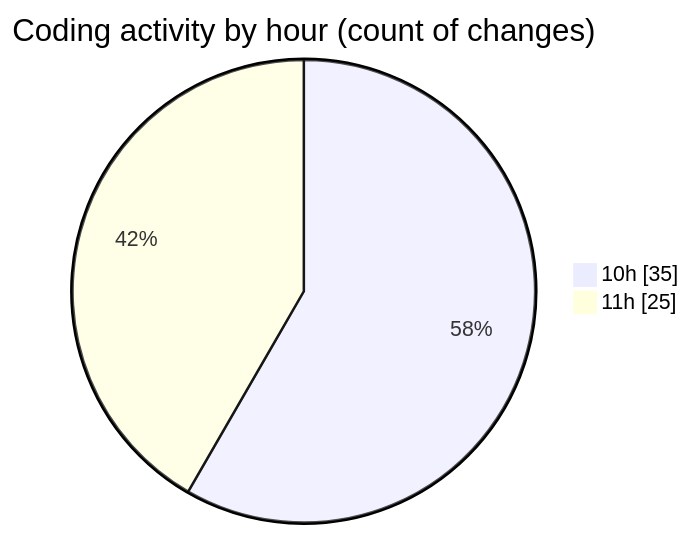
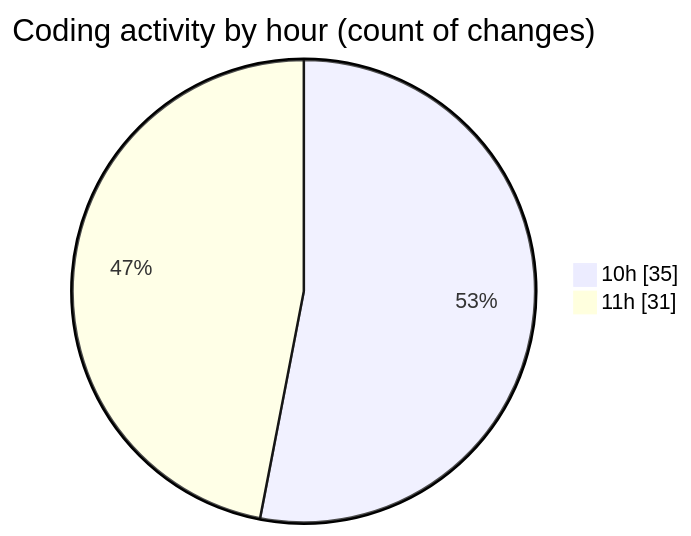
One commit to momahboobian/code-tracking changed the second of 2 diagrams in 2025-03-26/cda/README.md. Above: the diagram before and after it, drawn with Mermaid. The commit also changed other lines of this file and 1 other file, not shown here.

````diff
--- a/2025-03-26/cda/README.md
+++ b/2025-03-26/cda/README.md
@@ -52,6 +52,6 @@
 ```mermaid
 pie showData
 title Coding activity by hour (count of changes)
 "10h" : 35
-"11h" : 25
+"11h" : 31
 ```
````
